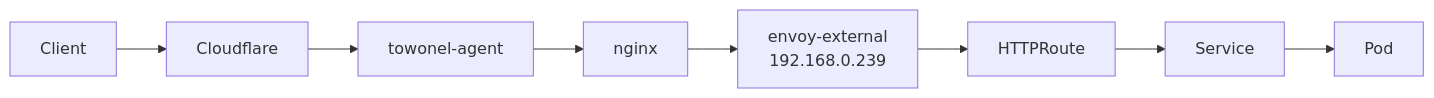
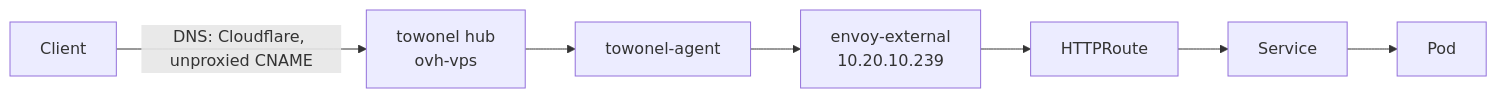
One commit to swibrow/home-ops changed the diagram in docs/operations/troubleshooting.md. Above: the diagram before and after it, drawn with Mermaid. The commit also changed other lines of this file and 105 other files, not shown here.

````diff
--- a/docs/operations/troubleshooting.md
+++ b/docs/operations/troubleshooting.md
@@ -256,10 +256,9 @@
 ```mermaid
 flowchart LR
-    Client --> CF[Cloudflare]
-    CF --> Tunnel[towonel-agent]
-    Tunnel --> Nginx[nginx]
-    Nginx --> EE[envoy-external<br/>192.168.0.239]
+    Client -->|"DNS: Cloudflare, unproxied CNAME"| Hub[towonel hub<br/>ovh-vps]
+    Hub --> Tunnel[towonel-agent]
+    Tunnel --> EE[envoy-external<br/>10.20.10.239]
     EE --> Route[HTTPRoute]
     Route --> Svc[Service]
     Svc --> Pod[Pod]
 ```
````
